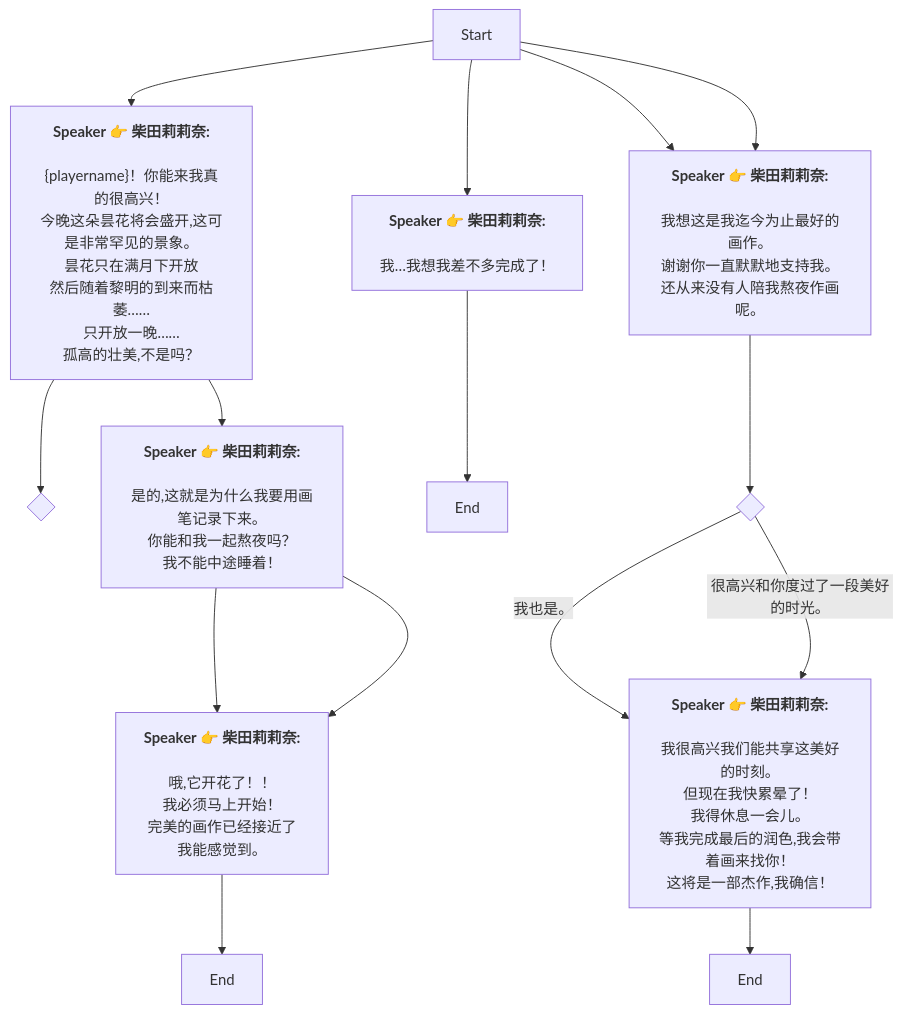
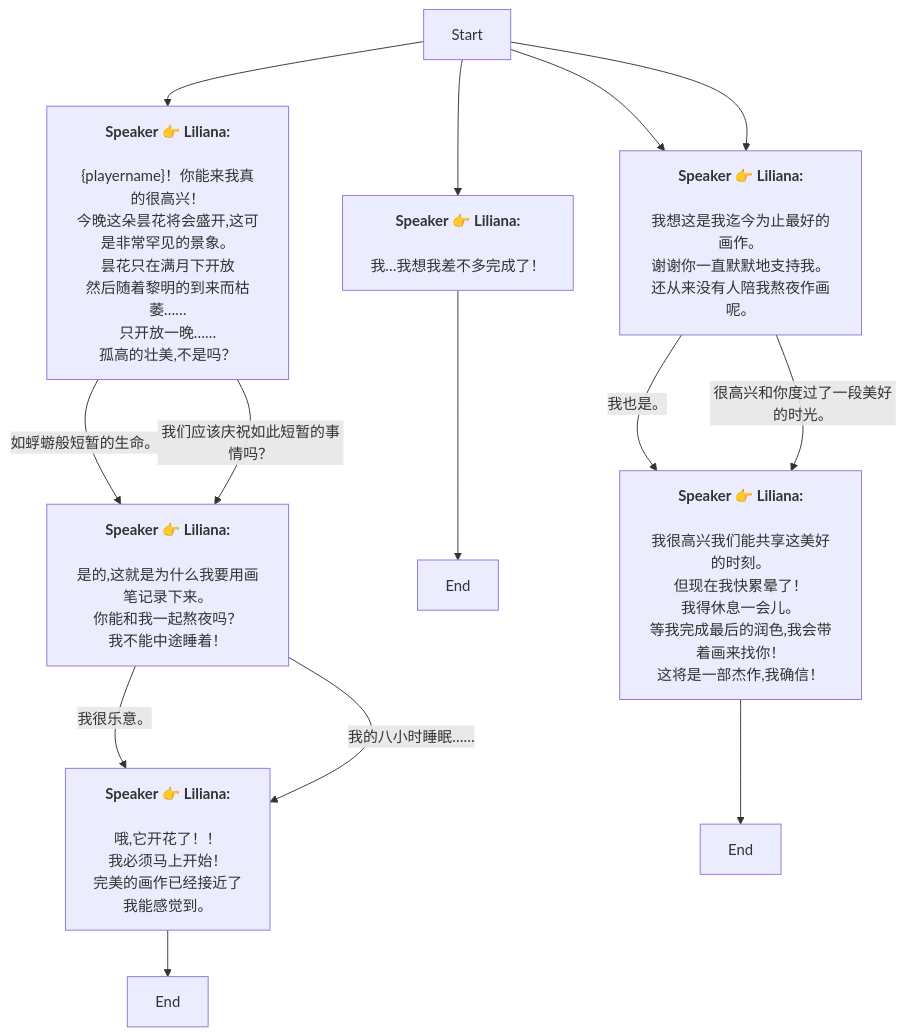
One commit to SoftHu/tos_avg changed the diagram in Zh/heart_4_2_4_5.md. Above: the diagram before and after it, drawn with Mermaid. The commit also changed 737 other files, not shown here.

````diff
--- a/Zh/heart_4_2_4_5.md
+++ b/Zh/heart_4_2_4_5.md
@@ -1,61 +1,44 @@
 ```mermaid
 graph
-Start -->1768788757562892[<b>Speaker 👉 柴田莉莉奈:</b>
-
-&lbrace;playername&rbrace;！你能来我真的很高兴！
-今晚这朵昙花将会盛开,这可是非常罕见的景象。
-昙花只在满月下开放
-然后随着黎明的到来而枯萎……
-只开放一晚……
+Start -->1768788757562892[<b>Speaker 👉 Liliana:</b>
+\n&lbrace;playername&rbrace;！你能来我真的很高兴！
+今晚这朵昙花将会盛开,这可是非常罕见的景象。\n昙花只在满月下开放
+然后随着黎明的到来而枯萎……\n只开放一晚……
 孤高的壮美,不是吗？]
-1768788757562892 -->1768788822053395{ }
-1768788757562892 -->1768788849912340[<b>Speaker 👉 柴田莉莉奈:</b>
-
-是的,这就是为什么我要用画笔记录下来。
-你能和我一起熬夜吗？
+1768788757562892 -->|如蜉蝣般短暂的生命。|1768788849912340[<b>Speaker 👉 Liliana:</b>
+\n是的,这就是为什么我要用画笔记录下来。\n你能和我一起熬夜吗？
 我不能中途睡着！]
-1768788849912340 -->1768789001263642[<b>Speaker 👉 柴田莉莉奈:</b>
-
-哦,它开花了！！
-我必须马上开始！
-完美的画作已经接近了
+1768788757562892 -->|我们应该庆祝如此短暂的事情吗？|1768788849912340[<b>Speaker 👉 Liliana:</b>
+\n是的,这就是为什么我要用画笔记录下来。\n你能和我一起熬夜吗？
+我不能中途睡着！]
+1768788849912340 -->|我很乐意。|1768789001263642[<b>Speaker 👉 Liliana:</b>
+\n哦,它开花了！！
+我必须马上开始！\n完美的画作已经接近了
 我能感觉到。]
-1768788849912340 -->1768789001263642[<b>Speaker 👉 柴田莉莉奈:</b>
-
-哦,它开花了！！
-我必须马上开始！
-完美的画作已经接近了
+1768788849912340 -->|我的八小时睡眠……|1768789001263642[<b>Speaker 👉 Liliana:</b>
+\n哦,它开花了！！
+我必须马上开始！\n完美的画作已经接近了
 我能感觉到。]
 1768789001263642 -->1768789023575579[End]
-Start -->1768789165582878[<b>Speaker 👉 柴田莉莉奈:</b>
-
-我…我想我差不多完成了！]
+Start -->1768789165582878[<b>Speaker 👉 Liliana:</b>
+\n我…我想我差不多完成了！]
 1768789165582878 -->1768789177871903[End]
-Start -->1768789204373025[<b>Speaker 👉 柴田莉莉奈:</b>
-
-我想这是我迄今为止最好的画作。
-谢谢你一直默默地支持我。
-还从来没有人陪我熬夜作画呢。]
-Start -->1768789204373025[<b>Speaker 👉 柴田莉莉奈:</b>
-
-我想这是我迄今为止最好的画作。
-谢谢你一直默默地支持我。
-还从来没有人陪我熬夜作画呢。]
-1768789204373025 -->1768789324184107{ }
-1768789324184107 -->|我也是。|1768789338267180[<b>Speaker 👉 柴田莉莉奈:</b>
-
-我很高兴我们能共享这美好的时刻。
+Start -->1768789204373025[<b>Speaker 👉 Liliana:</b>
+\n我想这是我迄今为止最好的画作。
+谢谢你一直默默地支持我。\n还从来没有人陪我熬夜作画呢。]
+Start -->1768789204373025[<b>Speaker 👉 Liliana:</b>
+\n我想这是我迄今为止最好的画作。
+谢谢你一直默默地支持我。\n还从来没有人陪我熬夜作画呢。]
+1768789204373025 -->|我也是。|1768789338267180[<b>Speaker 👉 Liliana:</b>
+\n我很高兴我们能共享这美好的时刻。
 但现在我快累晕了！
-我得休息一会儿。
-等我完成最后的润色,我会带着画来找你！
+我得休息一会儿。\n等我完成最后的润色,我会带着画来找你！
 这将是一部杰作,我确信！]
-1768789324184107 -->|很高兴和你度过了一段美好的时光。|1768789338267180[<b>Speaker 👉 柴田莉莉奈:</b>
-
-我很高兴我们能共享这美好的时刻。
+1768789204373025 -->|很高兴和你度过了一段美好的时光。|1768789338267180[<b>Speaker 👉 Liliana:</b>
+\n我很高兴我们能共享这美好的时刻。
 但现在我快累晕了！
-我得休息一会儿。
-等我完成最后的润色,我会带着画来找你！
+我得休息一会儿。\n等我完成最后的润色,我会带着画来找你！
 这将是一部杰作,我确信！]
 1768789338267180 -->1768789376245293[End]
 
- ```
+```
````
